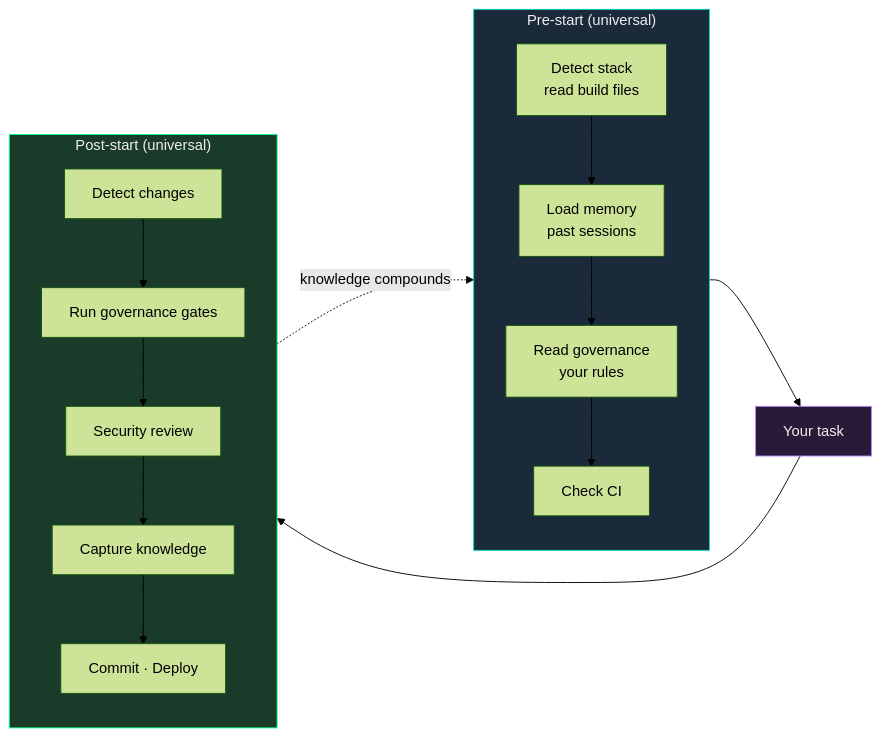
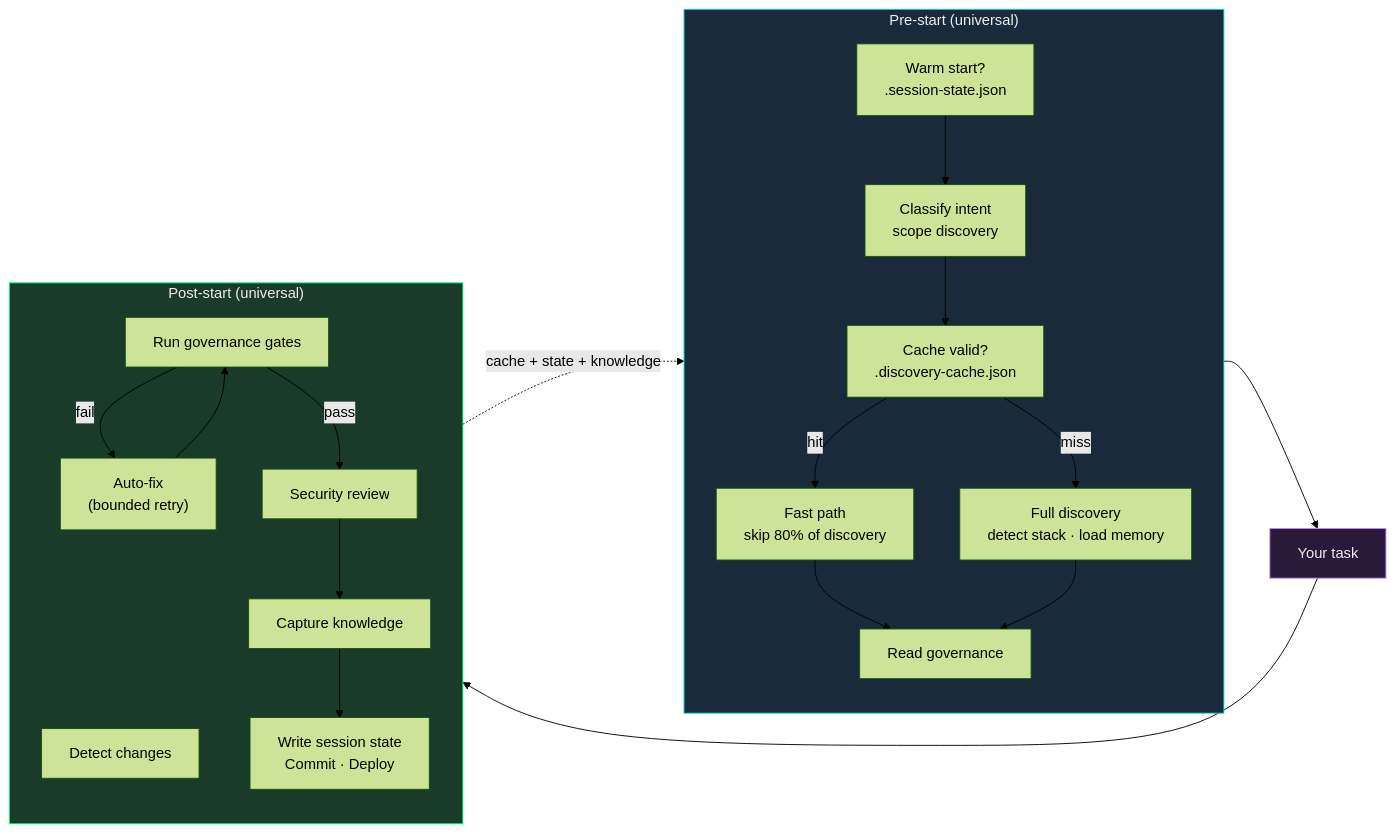
One commit to WhitehatD/crag changed the fifth of 5 diagrams in README.md. Above: the diagram before and after it, drawn with Mermaid (forest theme). The commit also changed other lines of this file and 12 other files, not shown here.

First line of the commit message:
feat: tightened loop — 6 features + security hardening + governance compiler

````diff
--- a/README.md
+++ b/README.md
@@ -227,30 +261,34 @@
 ```mermaid
 flowchart LR
     subgraph PRE["Pre-start (universal)"]
         direction TB
-        P1["Detect stack\nread build files"]
-        P2["Load memory\npast sessions"]
-        P3["Read governance\nyour rules"]
-        P4["Check CI"]
-        P1 --> P2 --> P3 --> P4
+        W["Warm start?\n.session-state.json"]
+        IC["Classify intent\nscope discovery"]
+        CC["Cache valid?\n.discovery-cache.json"]
+        W --> IC --> CC
+        CC -->|"hit"| FAST["Fast path\nskip 80% of discovery"]
+        CC -->|"miss"| FULL["Full discovery\ndetect stack · load memory"]
+        FAST --> GOV["Read governance"]
+        FULL --> GOV
     end
 
     TASK["Your task"]
 
     subgraph POST["Post-start (universal)"]
         direction TB
         V1["Detect changes"]
         V2["Run governance gates"]
-        V3["Security review"]
-        V4["Capture knowledge"]
-        V5["Commit · Deploy"]
-        V1 --> V2 --> V3 --> V4 --> V5
+        V2 -->|"fail"| FIX["Auto-fix\n(bounded retry)"]
+        FIX --> V2
+        V2 -->|"pass"| V3["Security review"]
+        V3 --> V4["Capture knowledge"]
+        V4 --> V5["Write session state\nCommit · Deploy"]
     end
 
     PRE --> TASK --> POST
-    POST -.->|"knowledge compounds"| PRE
+    POST -.->|"cache + state + knowledge"| PRE
 
     style PRE fill:#1a2a3a,stroke:#03dac6,color:#eee
     style TASK fill:#2a1a3a,stroke:#bb86fc,color:#eee
     style POST fill:#1a3a2a,stroke:#00ff88,color:#eee
 ```
````
